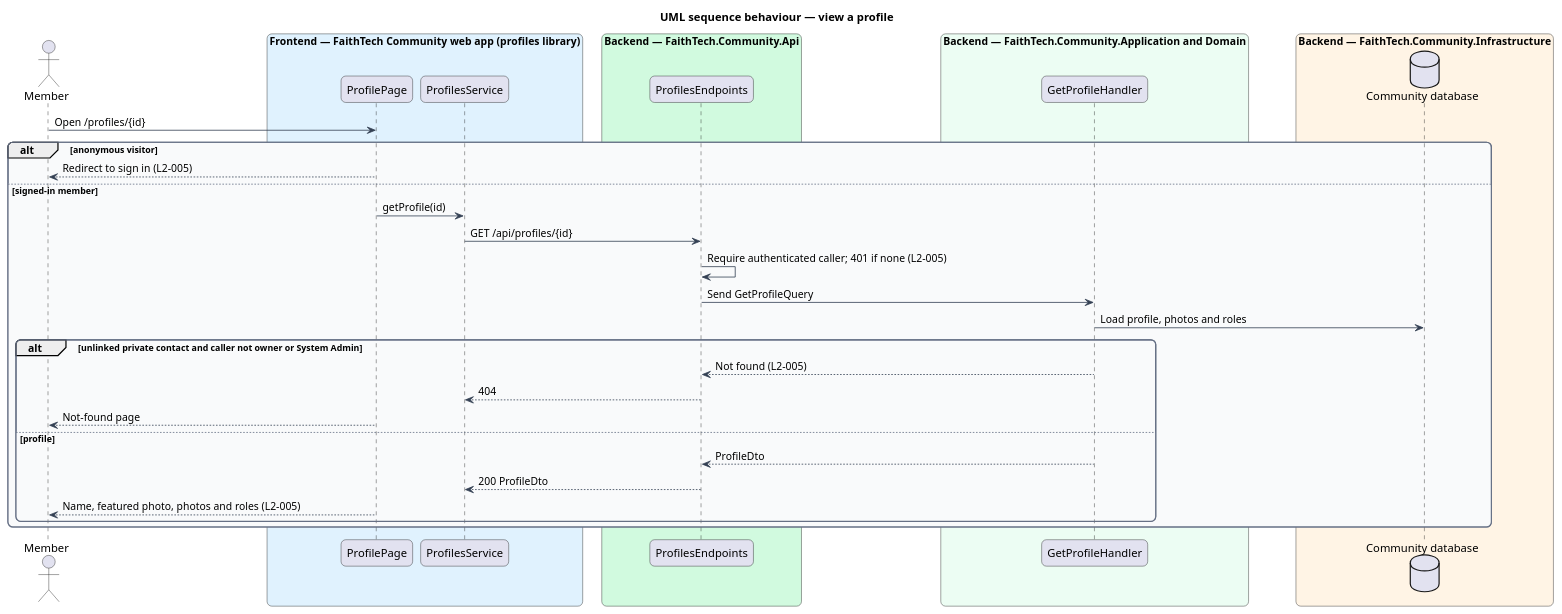
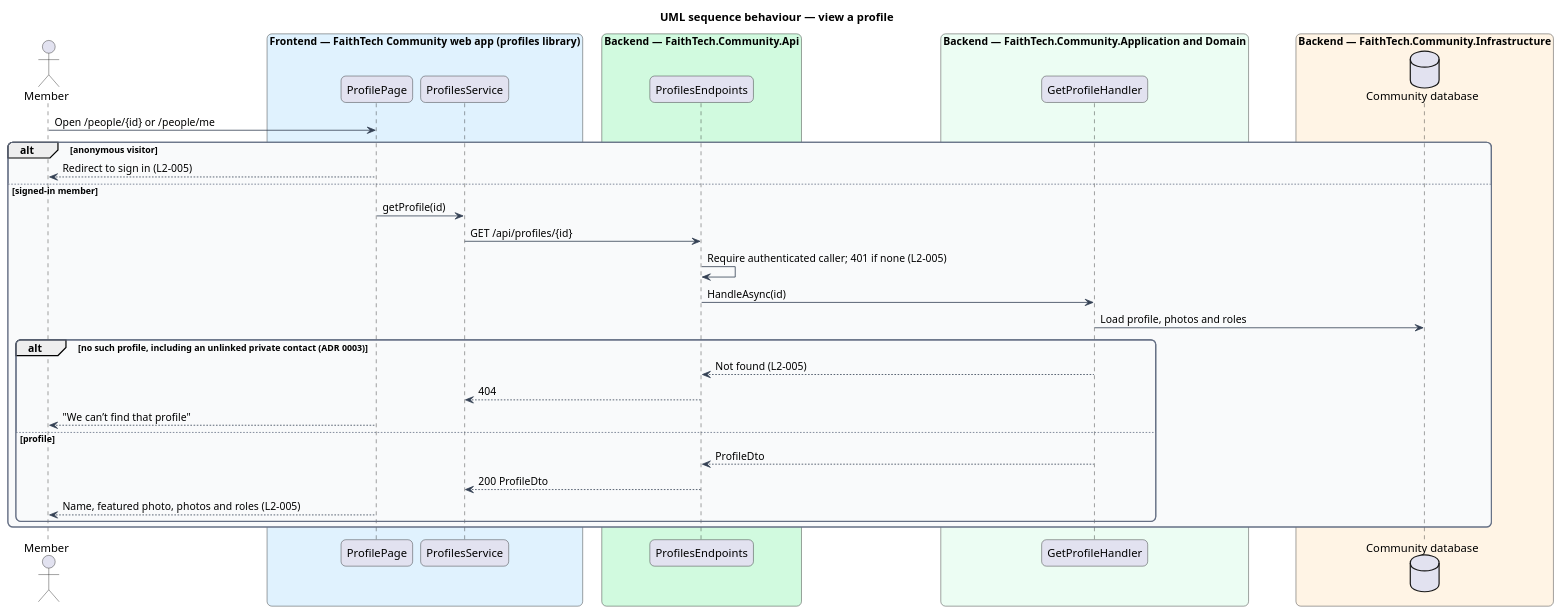
One commit to QuinntyneBrown/faithtech-community changed the diagram in docs/detailed-designs/profiles/view-profile/diagrams/sequence-view-profile.puml. Above: the diagram before and after it, drawn with PlantUML. The commit also changed 12 other files, not shown here.

First line of the commit message:
Align the profile designs, diagrams, scaffold notes and estimates

```diff
--- a/docs/detailed-designs/profiles/view-profile/diagrams/sequence-view-profile.puml
+++ b/docs/detailed-designs/profiles/view-profile/diagrams/sequence-view-profile.puml
@@ -1,50 +1,50 @@
 @startuml
 title UML sequence behaviour — view a profile
 skinparam backgroundColor #FFFFFF
 skinparam shadowing false
 skinparam roundcorner 12
 skinparam defaultFontName Arial
 skinparam ArrowColor #344054
 skinparam rectangle {
   BorderColor #344054
   FontColor #101828
 }
 skinparam package {
   BorderColor #667085
   FontColor #101828
   BackgroundColor #F9FAFB
 }
 actor "Member" as actor
 box "Frontend — FaithTech Community web app (profiles library)" #E0F2FE
   participant "ProfilePage" as page
   participant "ProfilesService" as client
 end box
 box "Backend — FaithTech.Community.Api" #D1FADF
   participant "ProfilesEndpoints" as ep
 end box
 box "Backend — FaithTech.Community.Application and Domain" #ECFDF3
   participant "GetProfileHandler" as h
 end box
 box "Backend — FaithTech.Community.Infrastructure" #FFF4E5
   database "Community database" as db
 end box
-actor -> page : Open /profiles/{id}
+actor -> page : Open /people/{id} or /people/me
 alt anonymous visitor
   page --> actor : Redirect to sign in (L2-005)
 else signed-in member
   page -> client : getProfile(id)
   client -> ep : GET /api/profiles/{id}
   ep -> ep : Require authenticated caller; 401 if none (L2-005)
-  ep -> h : Send GetProfileQuery
+  ep -> h : HandleAsync(id)
   h -> db : Load profile, photos and roles
-  alt unlinked private contact and caller not owner or System Admin
+  alt no such profile, including an unlinked private contact (ADR 0003)
     h --> ep : Not found (L2-005)
     ep --> client : 404
-    page --> actor : Not-found page
+    page --> actor : "We can’t find that profile"
   else profile
     h --> ep : ProfileDto
     ep --> client : 200 ProfileDto
     page --> actor : Name, featured photo, photos and roles (L2-005)
   end
 end
 @enduml
```
